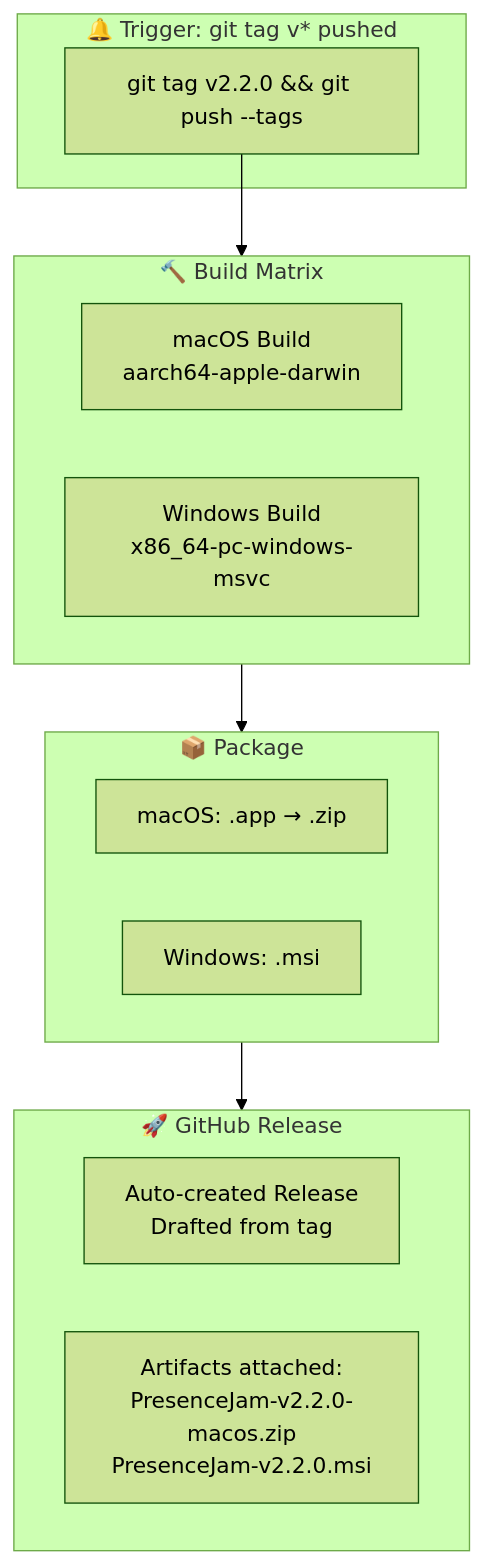
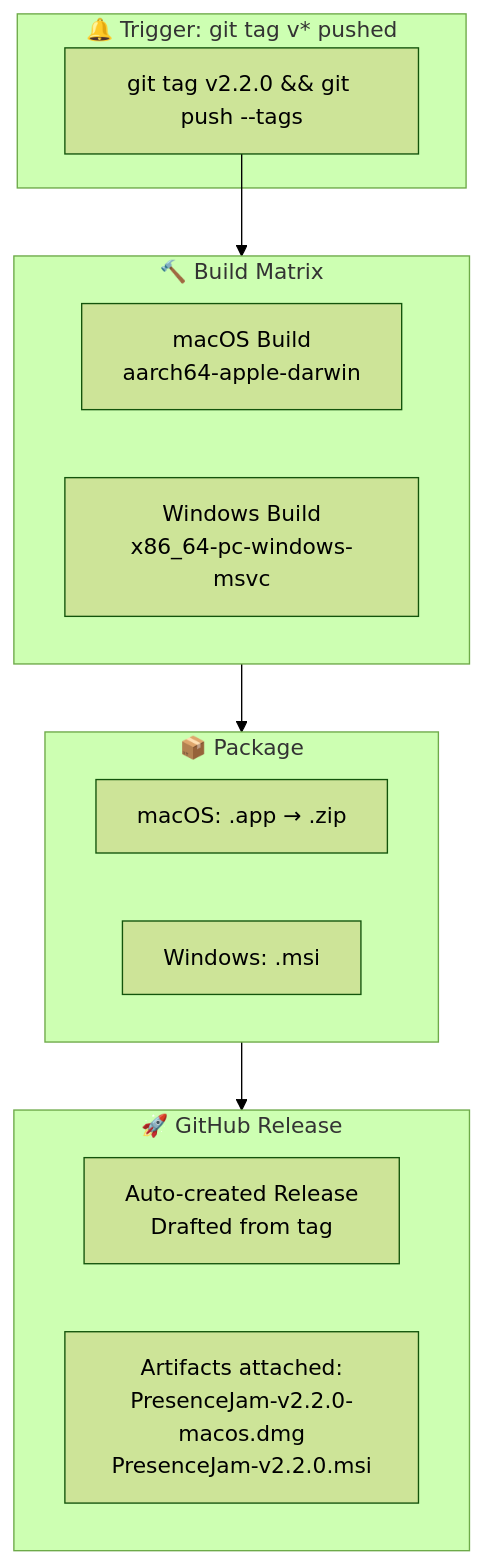
The second of 8 diagrams in ARCHITECTURE.md (Carme99/PresenceJam-Desktop), drawn with Mermaid (forest theme) before and after one commit. The commit also changed 2 other files, not shown here.

Commit message:
fix: package macOS as .dmg instead of zipping .app

````diff
--- a/ARCHITECTURE.md
+++ b/ARCHITECTURE.md
@@ -51,27 +51,27 @@
 ```mermaid
 flowchart TD
     subgraph Trigger["🔔 Trigger: git tag v* pushed"]
         tag["git tag v2.2.0 && git push --tags"]
     end
 
     subgraph Build["🔨 Build Matrix"]
         direction LR
         macos_build["macOS Build<br/>aarch64-apple-darwin"]
         windows_build["Windows Build<br/>x86_64-pc-windows-msvc"]
     end
 
     subgraph Package["📦 Package"]
         direction LR
         macos_zip["macOS: .app → .zip"]
         msi["Windows: .msi"]
     end
 
     subgraph Release["🚀 GitHub Release"]
         release["Auto-created Release<br/>Drafted from tag"]
-        assets["Artifacts attached:<br/>PresenceJam-v2.2.0-macos.zip<br/>PresenceJam-v2.2.0.msi"]
+        assets["Artifacts attached:<br/>PresenceJam-v2.2.0-macos.dmg<br/>PresenceJam-v2.2.0.msi"]
     end
 
     tag --> Build
     Build --> Package
     Package --> Release
 ```
````
